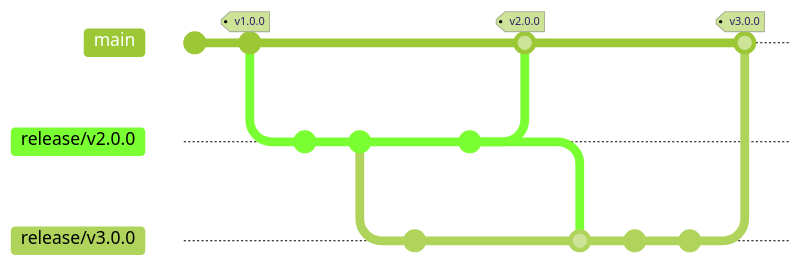
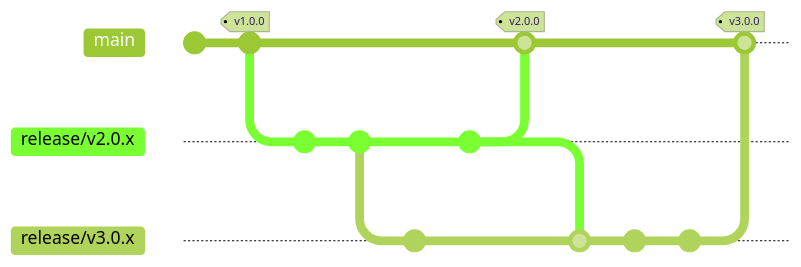
The third of 5 diagrams in branch_types.md (LuDubies/branchdoc_io_test), drawn with Mermaid (forest theme) before and after one commit. The commit also changed other lines of this file and 2 other files, not shown here. Commit ids are hidden.

````diff
--- a/branch_types.md
+++ b/branch_types.md
@@ -42,22 +42,22 @@
 ```mermaid
 %%{init: { 'gitGraph': {'showCommitLabel': false}} }%%
 gitGraph
    commit
    commit tag: "v1.0.0"
-   branch release/v2.0.0
+   branch release/v2.0.x
    commit
    commit
-   branch release/v3.0.0
+   branch release/v3.0.x
    commit
-   checkout release/v2.0.0
+   checkout release/v2.0.x
    commit
    checkout main
-   merge release/v2.0.0 tag: "v2.0.0"
-   checkout release/v3.0.0
-   merge release/v2.0.0
+   merge release/v2.0.x tag: "v2.0.0"
+   checkout release/v3.0.x
+   merge release/v2.0.x
    commit
    commit
    checkout main
-   merge release/v3.0.0 tag: "v3.0.0"
+   merge release/v3.0.x tag: "v3.0.0"
 
 ```
````
